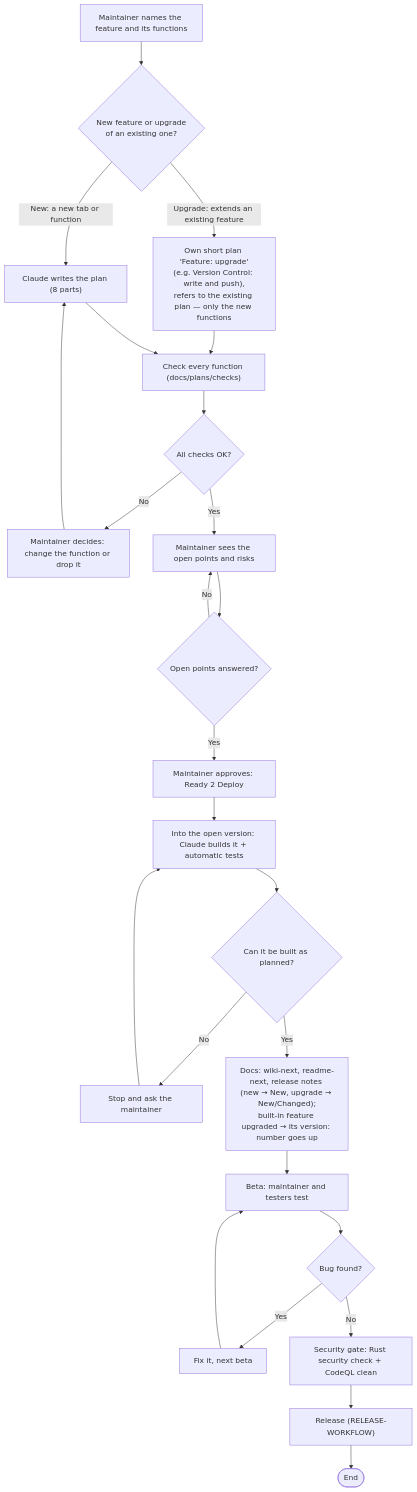
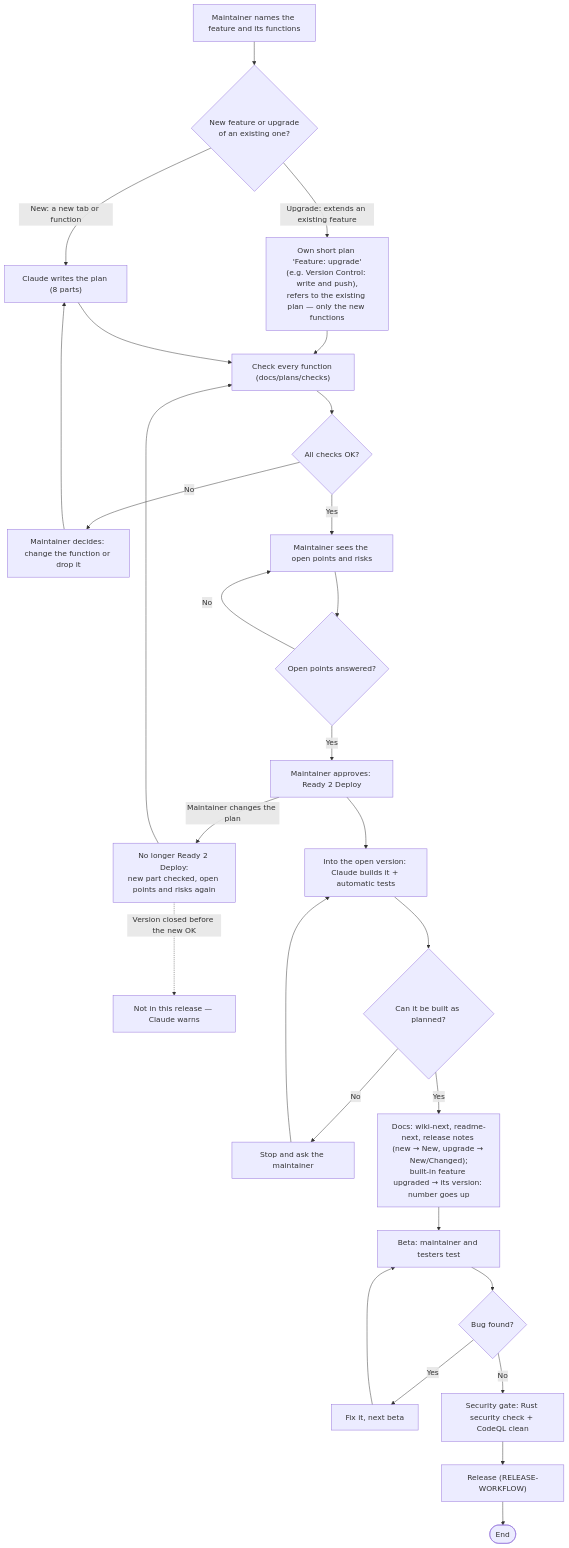
Before and after one commit to GFGMNET/Workspace: the diagram in docs/FEATURE-WORKFLOW.md, drawn with Mermaid. The commit also changed 2 other files, not shown here.

Commit message:
Workflows: changed plan loses Ready 2 Deploy; ideas from normal issues (label idea) and the maintainer's own Vote issues
Claude-Session: https://claude.ai/code/session_01YTmHS5QesE4imbb73iBYzB

````diff
--- a/docs/FEATURE-WORKFLOW.md
+++ b/docs/FEATURE-WORKFLOW.md
@@ -5,27 +5,30 @@
 ```mermaid
 flowchart TD
    A["Maintainer names the feature and its functions"] --> U{"New feature or upgrade<br/>of an existing one?"}
    U -->|New: a new tab or function| B["Claude writes the plan (8 parts)"]
    U -->|Upgrade: extends an existing feature| V["Own short plan 'Feature: upgrade'<br/>(e.g. Version Control: write and push),<br/>refers to the existing plan — only the new functions"]
    V --> C
    B --> C["Check every function (docs/plans/checks)"]
    C --> D{"All checks OK?"}
    D -->|No| E["Maintainer decides: change the function or drop it"]
    E --> B
    D -->|Yes| F["Maintainer sees the open points and risks"]
    F --> G{"Open points answered?"}
    G -->|No| F
    G -->|Yes| H["Maintainer approves: Ready 2 Deploy"]
    H --> K["Into the open version: Claude builds it + automatic tests"]
+   H -->|Maintainer changes the plan| CH["No longer Ready 2 Deploy:<br/>new part checked, open points and risks again"]
+   CH --> C
+   CH -.->|Version closed before the new OK| NO["Not in this release — Claude warns"]
    K --> L{"Can it be built as planned?"}
    L -->|No| M["Stop and ask the maintainer"]
    M --> K
    L -->|Yes| N["Docs: wiki-next, readme-next, release notes (new → New, upgrade → New/Changed);<br/>built-in feature upgraded → its version: number goes up"]
    N --> O["Beta: maintainer and testers test"]
    O --> P{"Bug found?"}
    P -->|Yes| Q["Fix it, next beta"]
    Q --> O
    P -->|No| R["Security gate: Rust security check + CodeQL clean"]
    R --> S["Release (RELEASE-WORKFLOW)"]
    S --> T([End])
 ```
````
